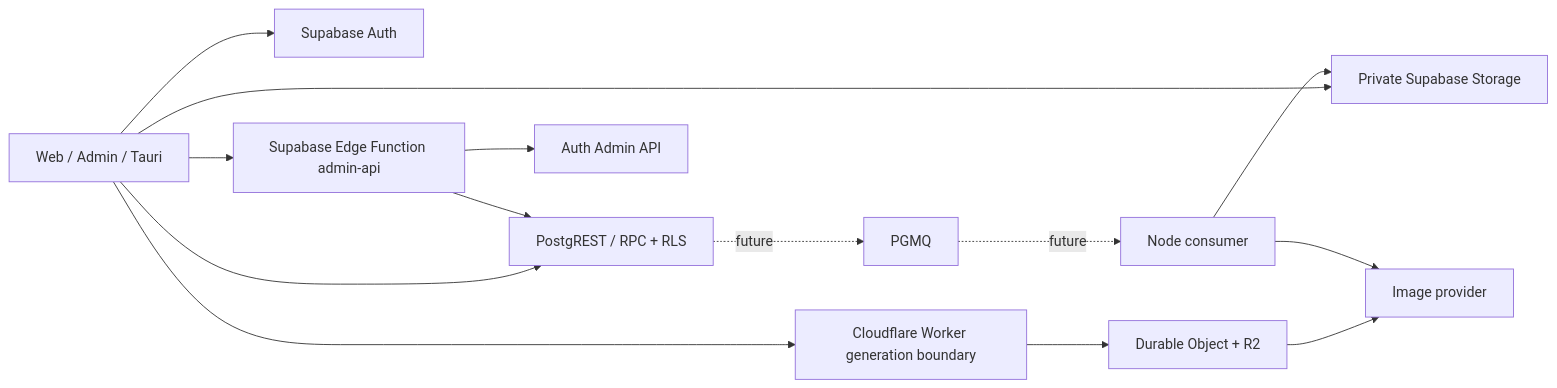
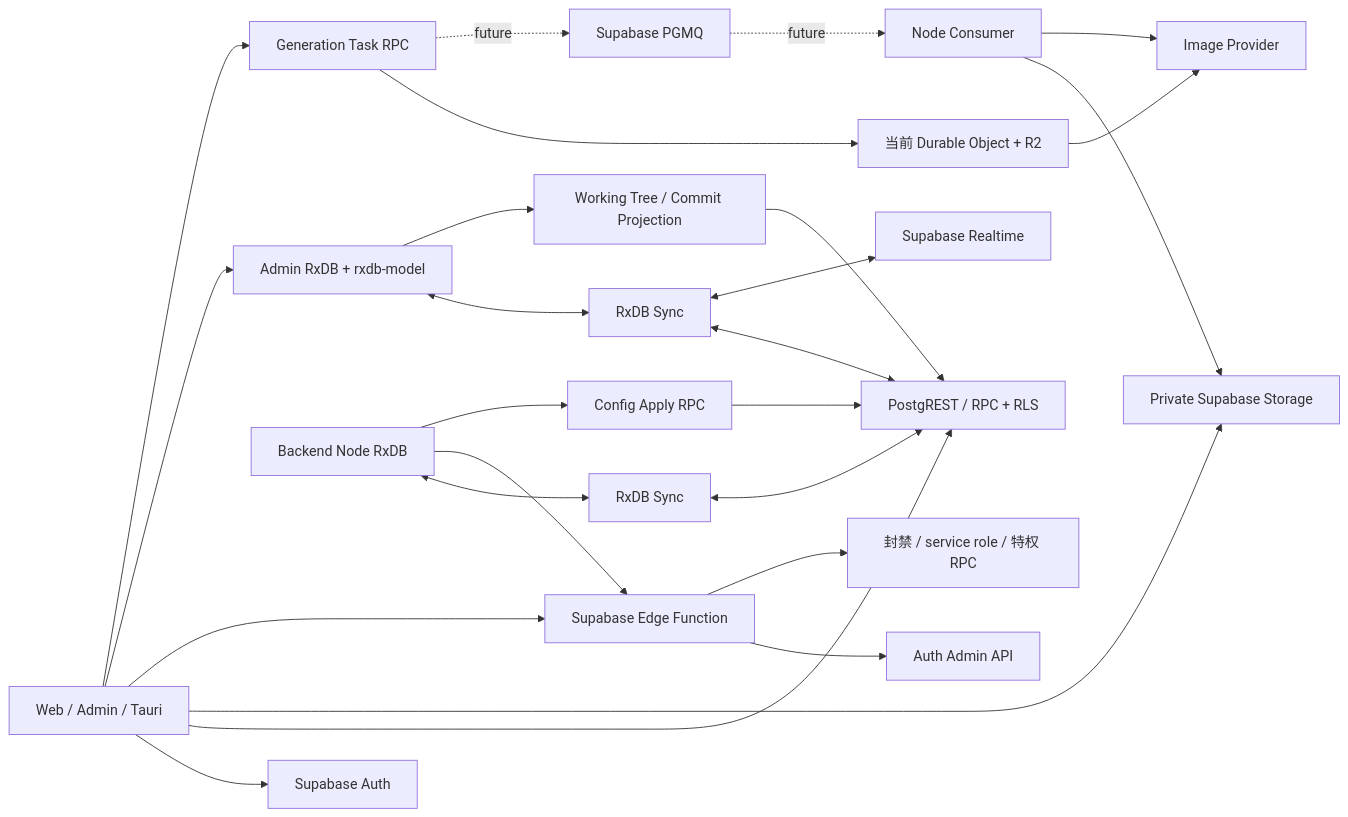
Before and after one commit to aiao-io/rxdb: the diagram in aiao-media/requirements/plans/supabase-first-architecture-review-20261115.md, drawn with Mermaid. The commit also changed other lines of this file, not shown here.

````diff
--- a/aiao-media/requirements/plans/supabase-first-architecture-review-20261115.md
+++ b/aiao-media/requirements/plans/supabase-first-architecture-review-20261115.md
@@ -239,17 +618,32 @@
 ```mermaid
 flowchart LR
-  B[Web / Admin / Tauri] --> A[Supabase Auth]
-  B --> D[PostgREST / RPC + RLS]
-  B --> S[Private Supabase Storage]
-  B --> E[Supabase Edge Function admin-api]
-  E --> AU[Auth Admin API]
-  E --> D
-  B --> W[Cloudflare Worker generation boundary]
-  W --> DO[Durable Object + R2]
-  DO --> P[Image provider]
+  U[Web / Admin / Tauri] --> AUTH[Supabase Auth]
+  U --> DB[PostgREST / RPC + RLS]
+  U --> ST[Private Supabase Storage]
+  U --> EF[Supabase Edge Function]
 
-  D -. future .-> Q[PGMQ]
-  Q -. future .-> N[Node consumer]
-  N --> P
-  N --> S
+  EF --> AA[Auth Admin API]
+  EF --> PRIV[封禁 / service role / 特权 RPC]
+
+  U --> AR[Admin RxDB + rxdb-model]
+  AR <--> SYNC[RxDB Sync]
+  SYNC <--> DB
+  SYNC <--> RT[Supabase Realtime]
+
+  N[Backend Node RxDB] <--> SYNC2[RxDB Sync]
+  SYNC2 <--> DB
+  N --> EF
+
+  U --> GT[Generation Task RPC]
+  GT --> DO[当前 Durable Object + R2]
+  GT -. future .-> Q[Supabase PGMQ]
+  Q -. future .-> C[Node Consumer]
+  C --> ST
+  C --> PROVIDER[Image Provider]
+  DO --> PROVIDER
+
+  AR --> WC[Working Tree / Commit Projection]
+  WC --> DB
+  N --> APPLY[Config Apply RPC]
+  APPLY --> DB
 ```
````
